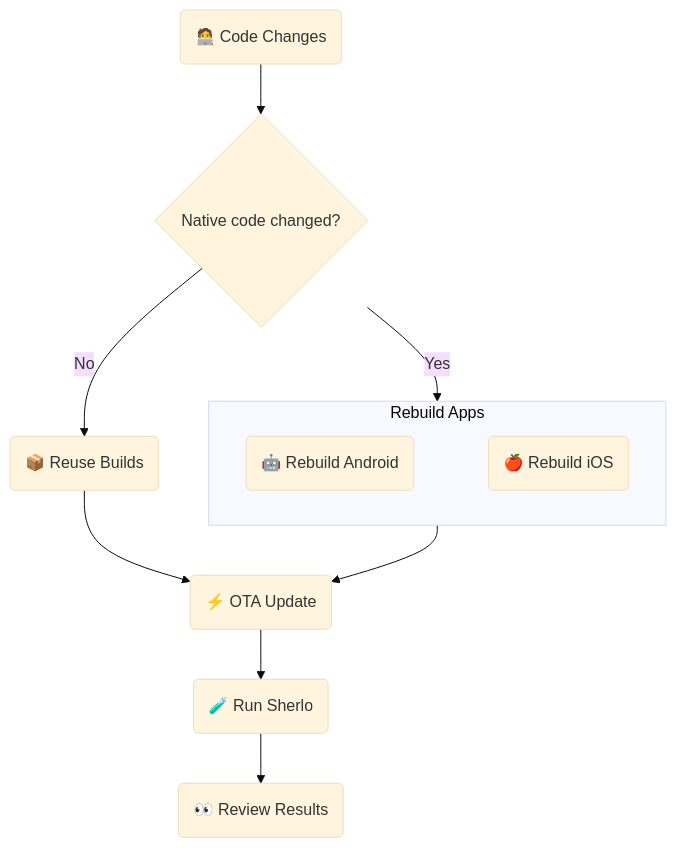
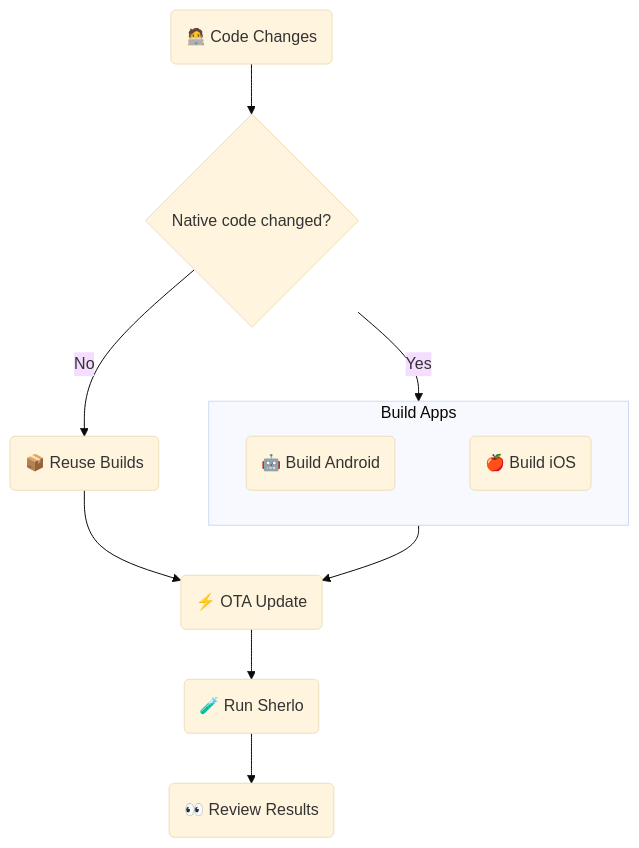
The diagram in examples/eas-update/README.md (sherlo-io/sherlo), drawn with Mermaid (base theme) before and after one commit.

Commit message:
no message

````diff
--- a/examples/eas-update/README.md
+++ b/examples/eas-update/README.md
@@ -14,21 +14,21 @@
 ```mermaid
 flowchart TB
    UI(🧑‍💻 Code Changes)
    Check{Native code changed?}
    Reuse(📦 Reuse Builds)
-   subgraph Rebuild[Rebuild Apps]
-      Android(🤖 Rebuild Android)
-      iOS(🍎 Rebuild iOS)
+   subgraph Build[Build Apps]
+      Android(🤖 Build Android)
+      iOS(🍎 Build iOS)
       Android ~~~ iOS
    end
    Update(⚡ OTA Update)
    Sherlo(🧪 Run Sherlo)
    Review(👀 Review Results)
 
    UI --> Check
    Check -->|No| Reuse
-   Check -->|Yes| Rebuild
-   Reuse & Rebuild --> Update
+   Check -->|Yes| Build
+   Reuse & Build --> Update
    Update --> Sherlo
    Sherlo --> Review
 ```
````
